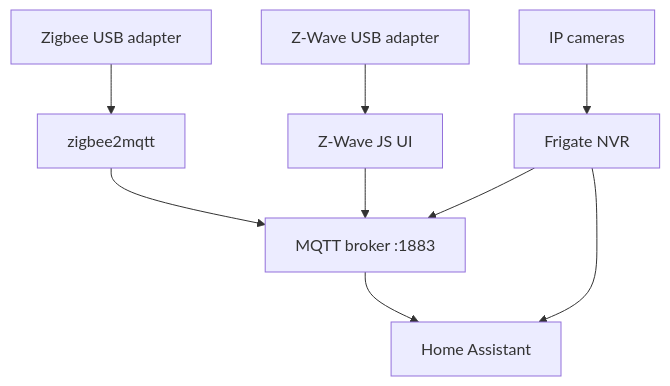
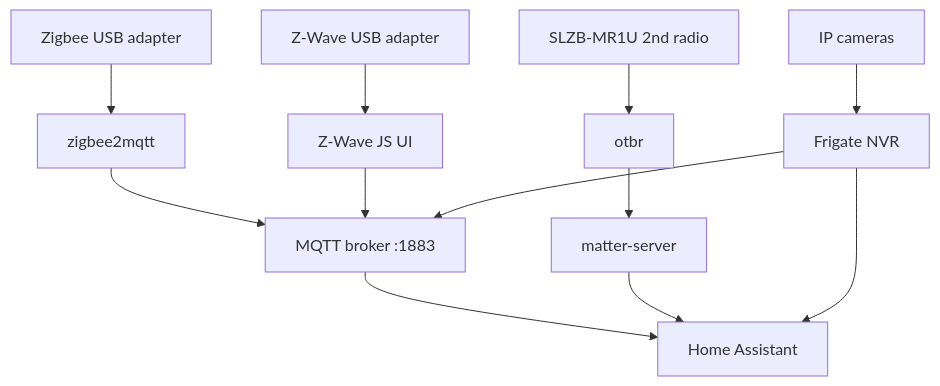
The fifth of 5 diagrams in docs/topology.md (covercash2/dotfiles), drawn with Mermaid before and after one commit. The commit also changed other lines of this file and 11 other files, not shown here.

````diff
--- a/docs/topology.md
+++ b/docs/topology.md
@@ -136,17 +136,22 @@
 ```mermaid
 graph TD
     zigbee[Zigbee USB adapter]
     zwave[Z-Wave USB adapter]
+    threadradio[SLZB-MR1U 2nd radio]
     z2m[zigbee2mqtt]
     zwavejs[Z-Wave JS UI]
+    otbr[otbr]
+    matterserver[matter-server]
     mqtt[MQTT broker :1883]
     ha[Home Assistant]
     frigate[Frigate NVR]
     cameras[IP cameras]
 
     zigbee --> z2m --> mqtt
     zwave --> zwavejs --> mqtt
+    threadradio --> otbr --> matterserver
     cameras --> frigate --> mqtt
     mqtt --> ha
+    matterserver --> ha
     frigate --> ha
 ```
````
